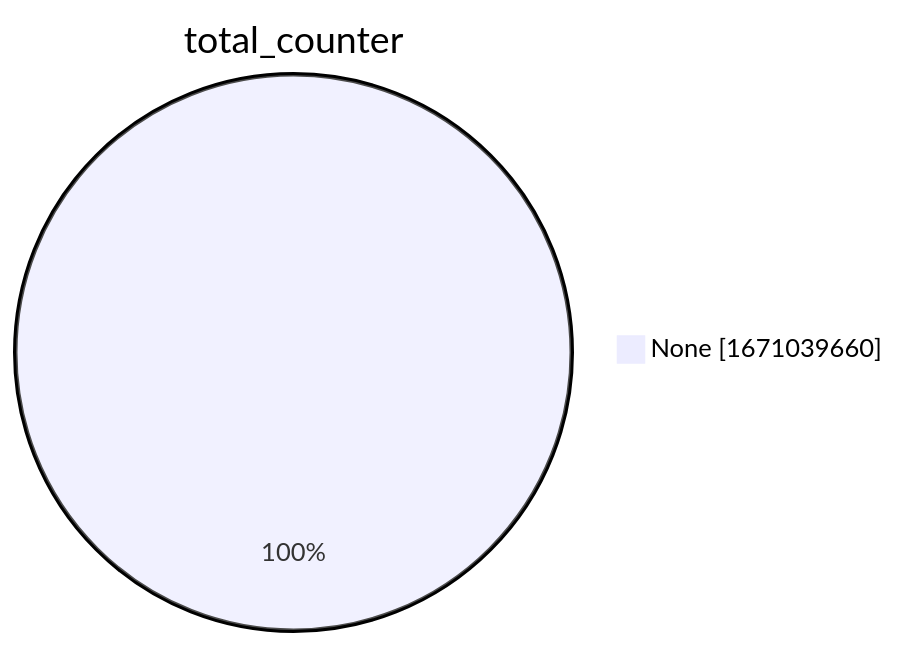
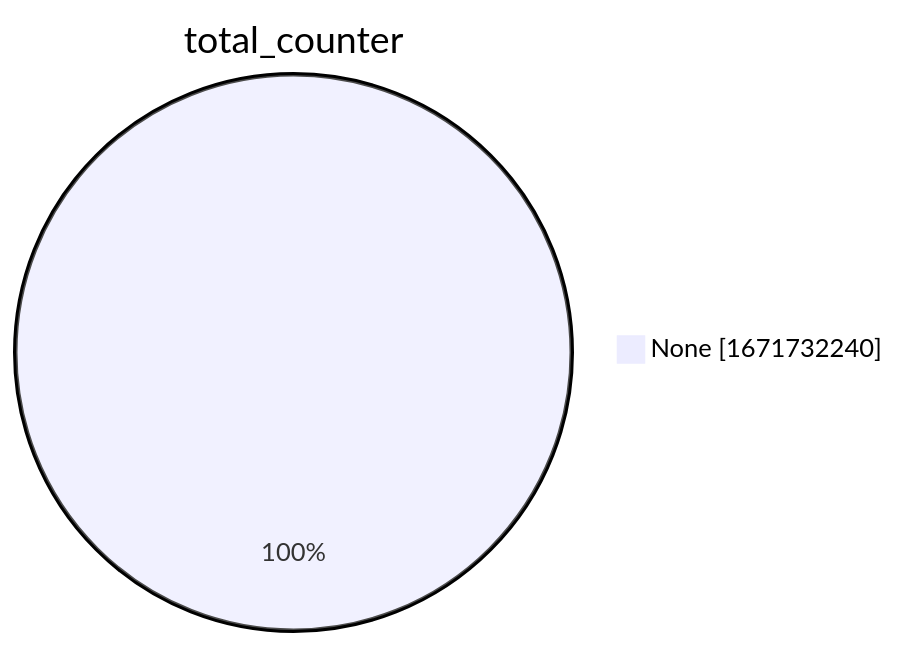
Before and after one commit to christiankrug/ctmonitor_visualization: the second of 15 diagrams in xenon2022/README.md, drawn with Mermaid. The commit also changed other lines of this file, not shown here.

````diff
--- a/xenon2022/README.md
+++ b/xenon2022/README.md
@@ -9,5 +9,5 @@
 ```mermaid
 pie showData
 title total_counter
-"None" :1671039660
+"None" :1671732240
 ```
````
